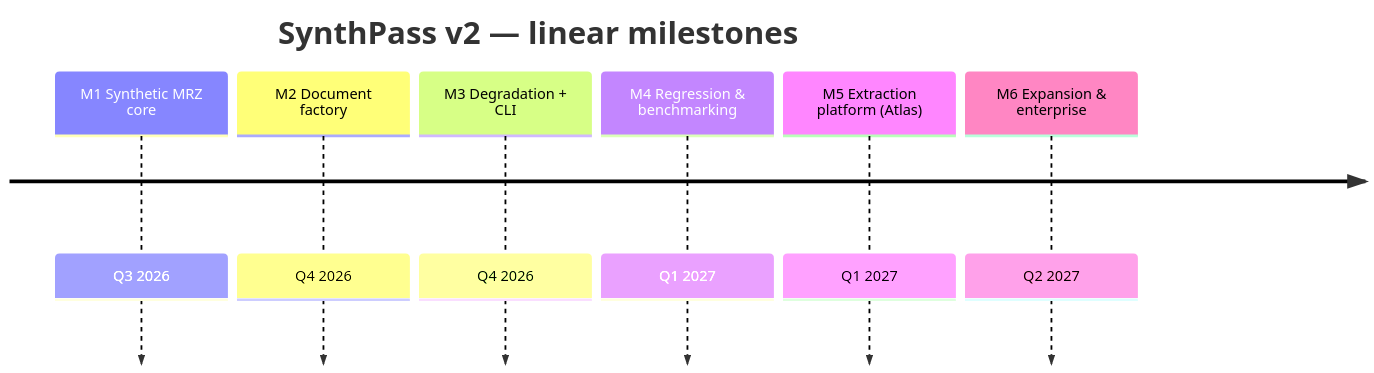
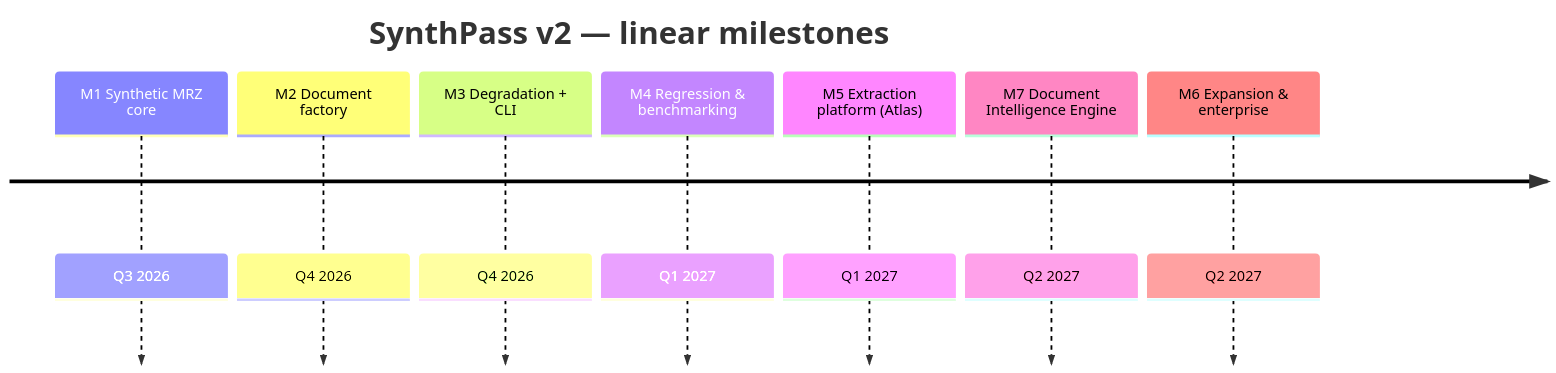
The first of 3 diagrams in knowledge/ROADMAP.md (ruledicaprio/SynthPass), drawn with Mermaid before and after one commit. The commit also changed other lines of this file and 3 other files, not shown here.

````diff
--- a/knowledge/ROADMAP.md
+++ b/knowledge/ROADMAP.md
@@ -20,10 +29,11 @@
 ```mermaid
 timeline
     title SynthPass v2 — linear milestones
     M1 Synthetic MRZ core       : Q3 2026
     M2 Document factory         : Q4 2026
     M3 Degradation + CLI        : Q4 2026
     M4 Regression & benchmarking: Q1 2027
     M5 Extraction platform (Atlas): Q1 2027
+    M7 Document Intelligence Engine: Q2 2027
     M6 Expansion & enterprise   : Q2 2027
 ```
````
